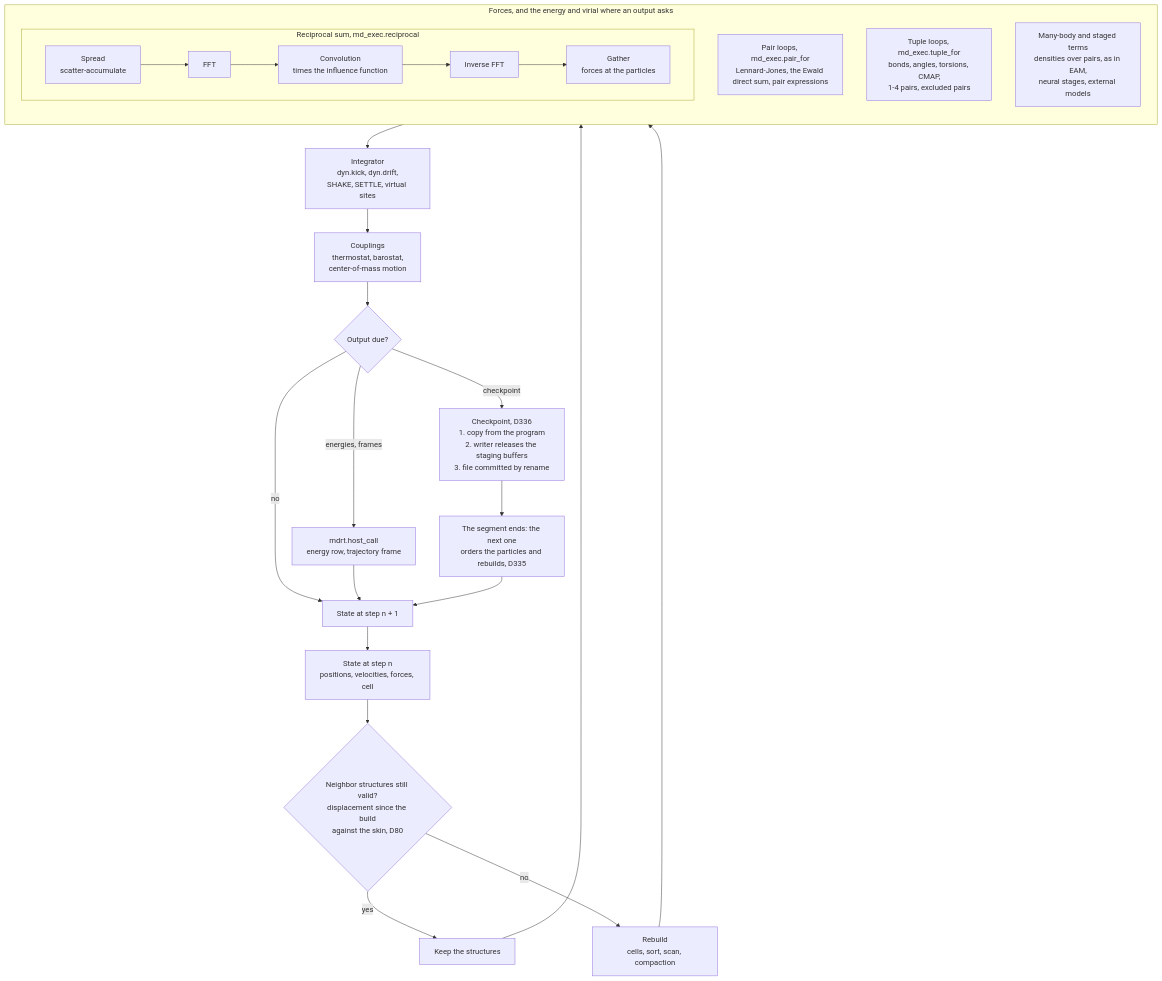
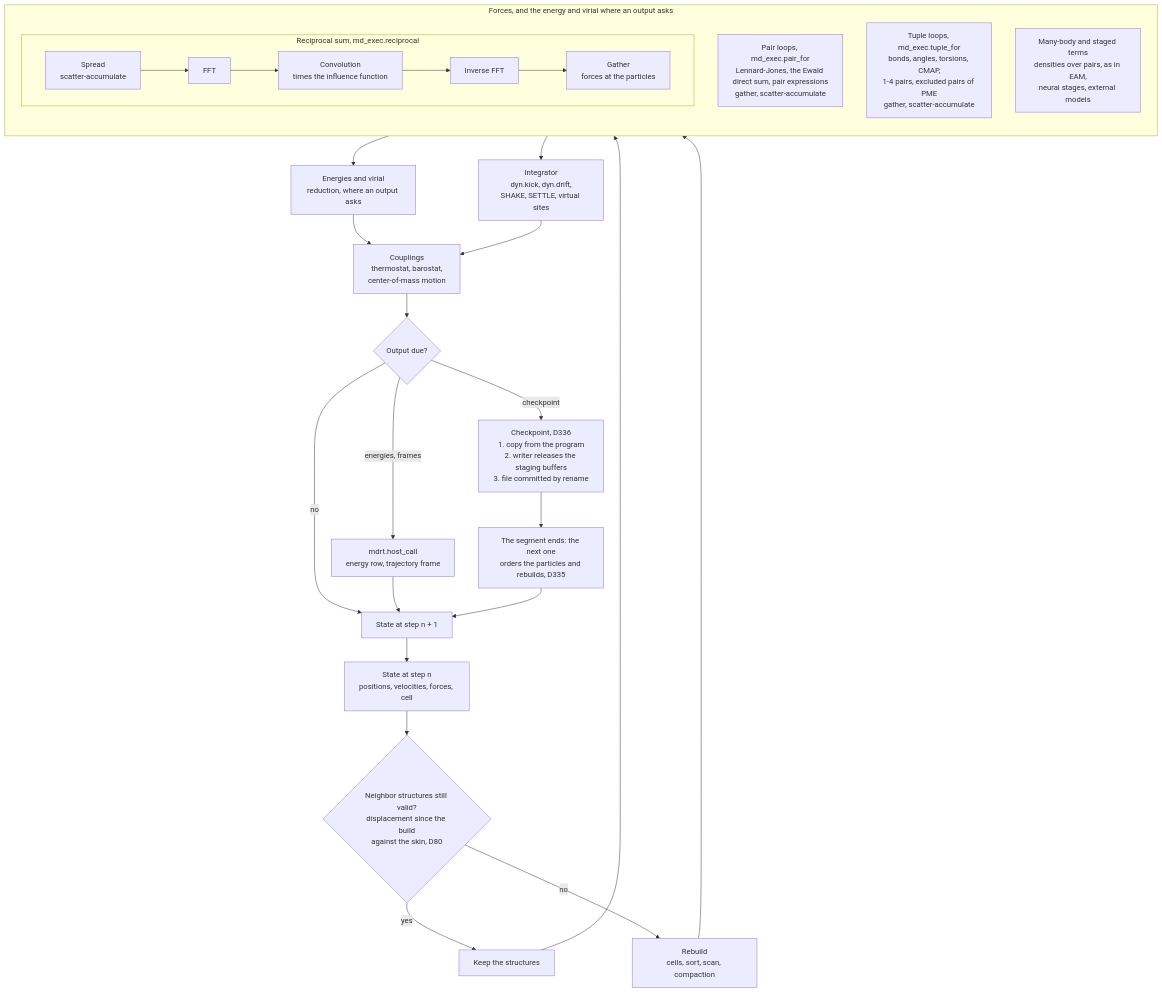
Before and after one commit to vv137/mdir: the third of 4 diagrams in docs/overview.md, drawn with Mermaid. The commit also changed other lines of this file and 2 other files, not shown here.

First line of the commit message:
Move README's diagrams into the overview (#587)

````diff
--- a/docs/overview.md
+++ b/docs/overview.md
@@ -227,31 +227,33 @@
 ```mermaid
 flowchart TD
     S0["State at step n<br/>positions, velocities, forces, cell"] --> V{"Neighbor structures still valid?<br/>displacement since the build<br/>against the skin, D80"}
     V -->|"yes"| KEEP["Keep the structures"]
     V -->|"no"| REB["Rebuild<br/>cells, sort, scan, compaction"]
     KEEP --> FORCES
     REB --> FORCES
     subgraph FORCES["Forces, and the energy and virial where an output asks"]
         direction TB
-        PAIR["Pair loops, md_exec.pair_for<br/>Lennard-Jones, the Ewald direct sum, pair expressions"]
-        TUP["Tuple loops, md_exec.tuple_for<br/>bonds, angles, torsions, CMAP,<br/>1-4 pairs, excluded pairs"]
+        PAIR["Pair loops, md_exec.pair_for<br/>Lennard-Jones, the Ewald direct sum, pair expressions<br/>gather, scatter-accumulate"]
+        TUP["Tuple loops, md_exec.tuple_for<br/>bonds, angles, torsions, CMAP,<br/>1-4 pairs, excluded pairs of PME<br/>gather, scatter-accumulate"]
         MANY["Many-body and staged terms<br/>densities over pairs, as in EAM,<br/>neural stages, external models"]
         subgraph RECIP["Reciprocal sum, md_exec.reciprocal"]
             direction LR
             SPR["Spread<br/>scatter-accumulate"] --> FFT["FFT"]
             FFT --> CNV["Convolution<br/>times the influence function"]
             CNV --> IFFT["Inverse FFT"]
             IFFT --> GAT["Gather<br/>forces at the particles"]
         end
     end
+    FORCES --> RED["Energies and virial<br/>reduction, where an output asks"]
+    RED --> CPL
     FORCES --> INT["Integrator<br/>dyn.kick, dyn.drift,<br/>SHAKE, SETTLE, virtual sites"]
     INT --> CPL["Couplings<br/>thermostat, barostat,<br/>center-of-mass motion"]
     CPL --> DUE{"Output due?"}
     DUE -->|"no"| S1["State at step n + 1"]
     DUE -->|"energies, frames"| HC["mdrt.host_call<br/>energy row, trajectory frame"]
     DUE -->|"checkpoint"| CK["Checkpoint, D336<br/>1. copy from the program<br/>2. writer releases the staging buffers<br/>3. file committed by rename"]
     HC --> S1
     CK --> SEG["The segment ends: the next one<br/>orders the particles and rebuilds, D335"]
     SEG --> S1
     S1 --> S0
 ```
````
